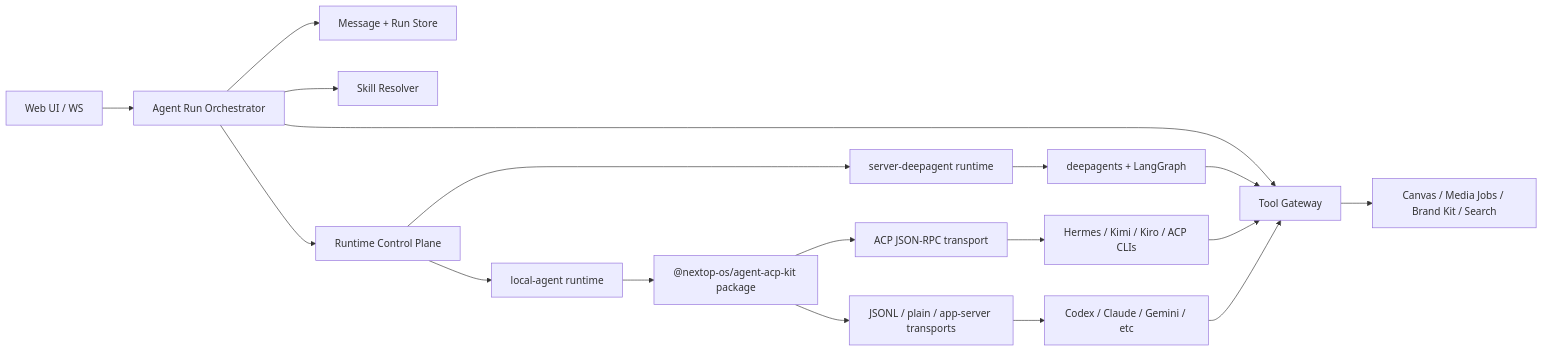
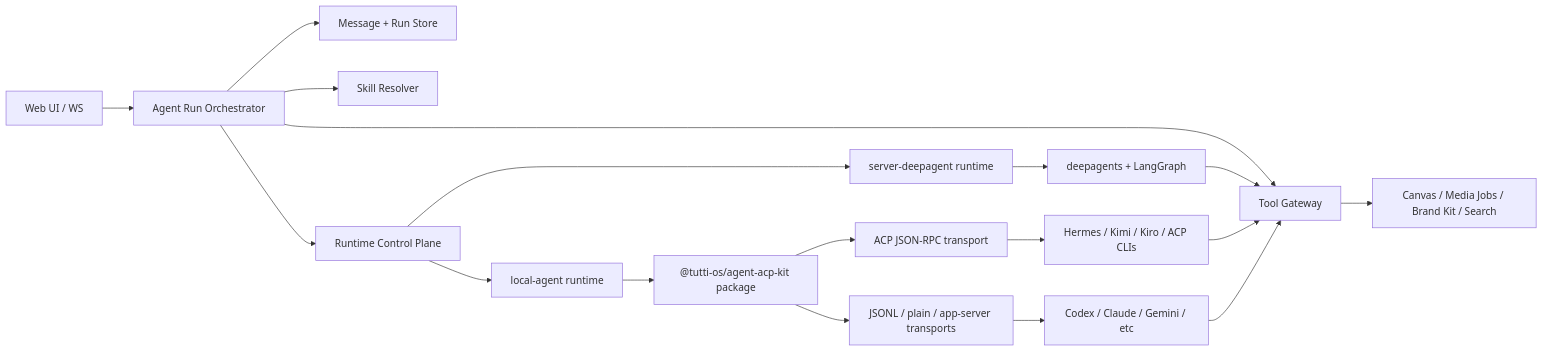
Before and after one commit to tutti-os/ai-media-canvas: the diagram in docs/2026-06-03-agent-runtime-local-agent-design.zh-CN.md, drawn with Mermaid. The commit also changed other lines of this file and 60 other files, not shown here.

````diff
--- a/docs/2026-06-03-agent-runtime-local-agent-design.zh-CN.md
+++ b/docs/2026-06-03-agent-runtime-local-agent-design.zh-CN.md
@@ -230,20 +230,20 @@
 ```mermaid
 flowchart LR
   UI["Web UI / WS"] --> ORCH["Agent Run Orchestrator"]
   ORCH --> MSG["Message + Run Store"]
   ORCH --> SKILL["Skill Resolver"]
   ORCH --> TOOL["Tool Gateway"]
   ORCH --> CP["Runtime Control Plane"]
   CP --> DA["server-deepagent runtime"]
   CP --> LA["local-agent runtime"]
-  LA --> PKG["@nextop-os/agent-acp-kit package"]
+  LA --> PKG["@tutti-os/agent-acp-kit package"]
   PKG --> ACP["ACP JSON-RPC transport"]
   PKG --> CLIJ["JSONL / plain / app-server transports"]
   DA --> DG["deepagents + LangGraph"]
   ACP --> CLI["Hermes / Kimi / Kiro / ACP CLIs"]
   CLIJ --> CLI2["Codex / Claude / Gemini / etc"]
   DG --> TOOL
   CLI --> TOOL
   CLI2 --> TOOL
   TOOL --> BIZ["Canvas / Media Jobs / Brand Kit / Search"]
 ```
````
